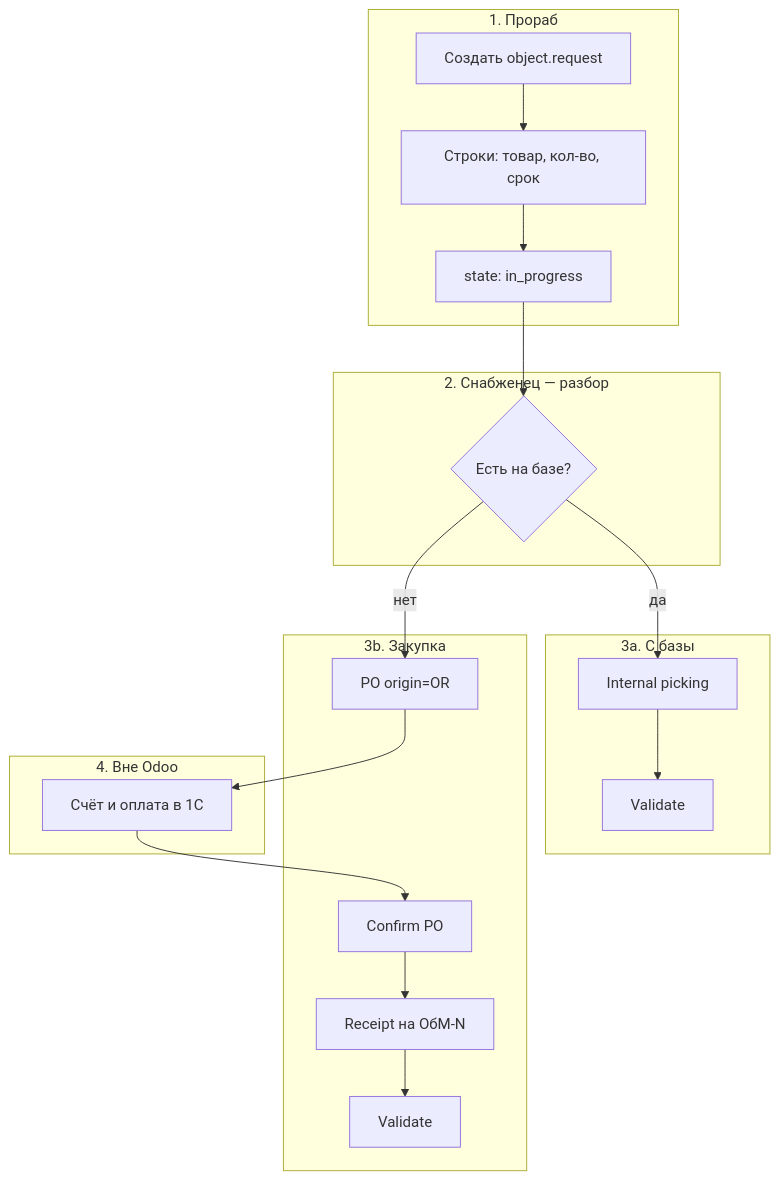
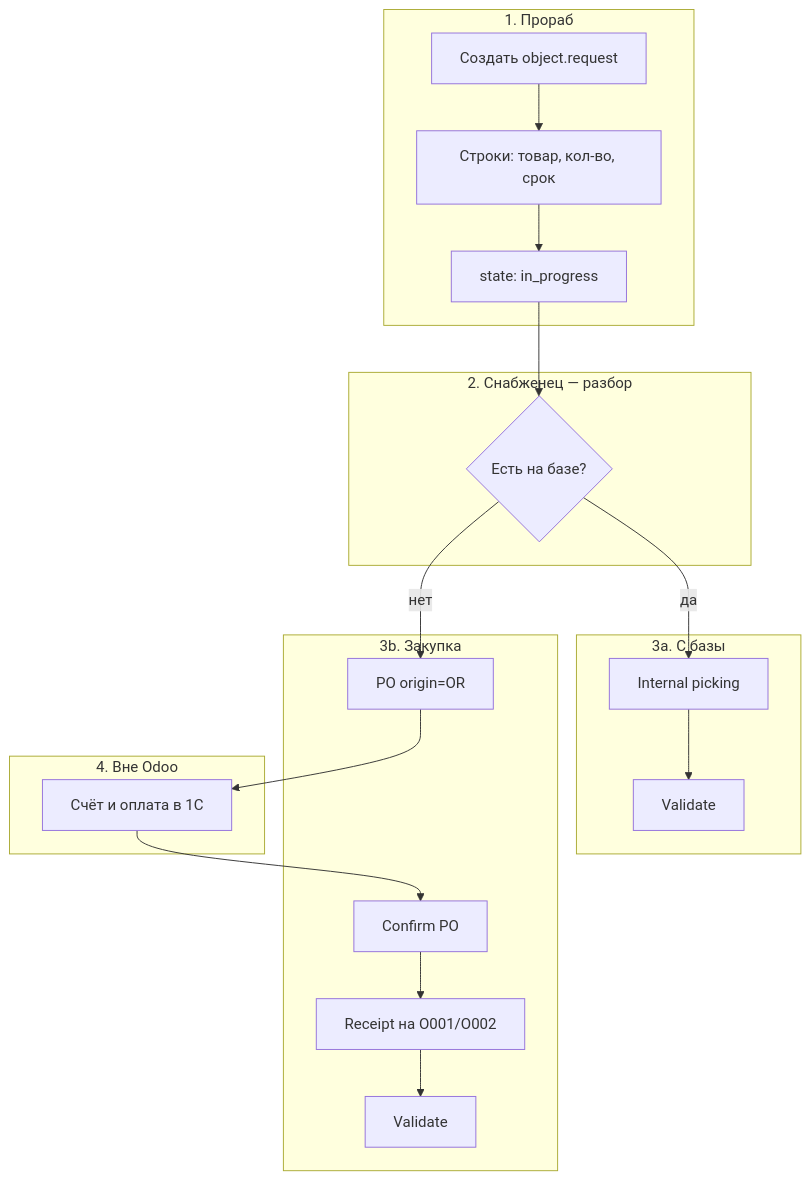
One commit to Sergtsk45/sklad changed the first of 2 diagrams in docs/instruction-warehouse-supply-cycle.md. Above: the diagram before and after it, drawn with Mermaid. The commit also changed other lines of this file and 31 other files, not shown here.

````diff
--- a/docs/instruction-warehouse-supply-cycle.md
+++ b/docs/instruction-warehouse-supply-cycle.md
@@ -155,27 +155,27 @@
 ```mermaid
 flowchart TB
   subgraph step1 [1. Прораб]
     A[Создать object.request]
     B[Строки: товар, кол-во, срок]
     C[state: in_progress]
   end
   subgraph step2 [2. Снабженец — разбор]
     D{Есть на базе?}
   end
   subgraph step3a [3a. С базы]
     E[Internal picking]
     F[Validate]
   end
   subgraph step3b [3b. Закупка]
     G[PO origin=OR]
     H[Confirm PO]
-    I[Receipt на ОбМ-N]
+    I[Receipt на O001/O002]
     J[Validate]
   end
   subgraph step4 [4. Вне Odoo]
     K[Счёт и оплата в 1С]
   end
   A --> B --> C --> D
   D -->|да| E --> F
   D -->|нет| G --> K --> H --> I --> J
 ```
````
